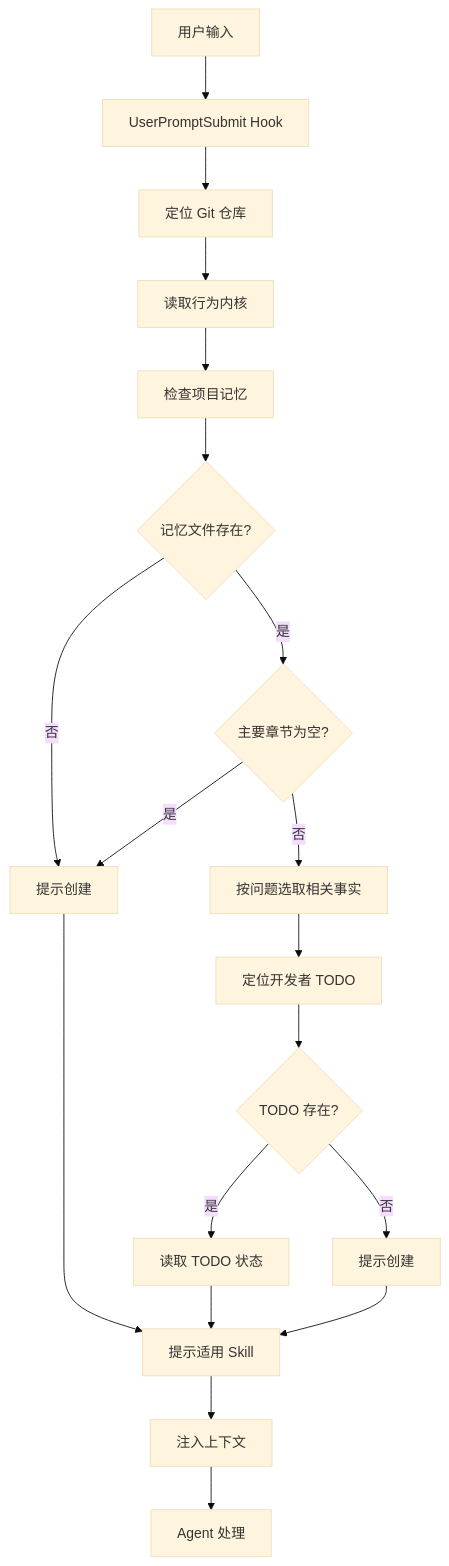
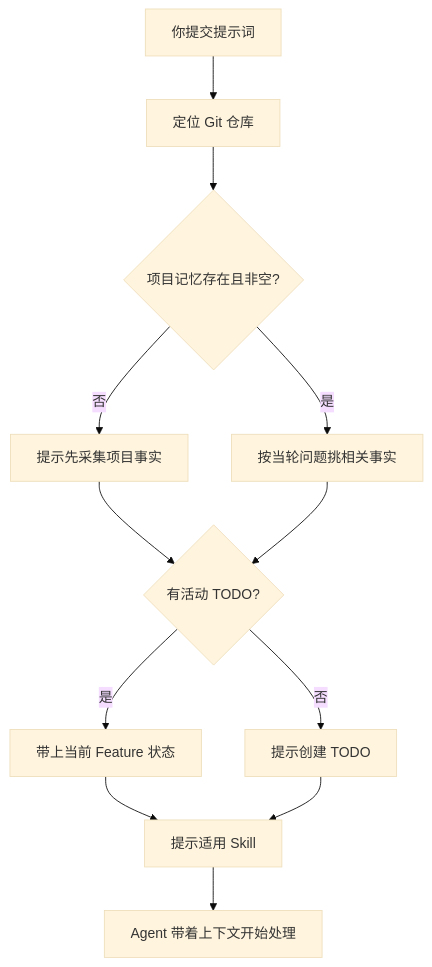
The diagram in src/content/docs/skills/hooks/user-prompt-submit.mdx (bald-head/deploy-docs), drawn with Mermaid (base theme) before and after one commit. The commit also changed other lines of this file and 138 other files, not shown here.

````diff
--- a/src/content/docs/skills/hooks/user-prompt-submit.mdx
+++ b/src/content/docs/skills/hooks/user-prompt-submit.mdx
@@ -416,21 +142,14 @@
 ```mermaid
 graph TD
-    A[用户输入] --> B[UserPromptSubmit Hook]
-    B --> C[定位 Git 仓库]
-    C --> D[读取行为内核]
-    D --> E[检查项目记忆]
-    E --> F{记忆文件存在?}
-    F -->|否| G[提示创建]
-    F -->|是| H{主要章节为空?}
-    H -->|是| G
-    H -->|否| I[按问题选取相关事实]
-    I --> J[定位开发者 TODO]
-    J --> K{TODO 存在?}
-    K -->|是| L[读取 TODO 状态]
-    K -->|否| M[提示创建]
-    L --> N[提示适用 Skill]
-    M --> N
-    G --> N
-    N --> O[注入上下文]
-    O --> P[Agent 处理]
+    A[你提交提示词] --> B[定位 Git 仓库]
+    B --> C{项目记忆存在且非空?}
+    C -->|否| D[提示先采集项目事实]
+    C -->|是| E[按当轮问题挑相关事实]
+    D --> F{有活动 TODO?}
+    E --> F
+    F -->|是| G[带上当前 Feature 状态]
+    F -->|否| H[提示创建 TODO]
+    G --> I[提示适用 Skill]
+    H --> I
+    I --> J[Agent 带着上下文开始处理]
 ```
````
